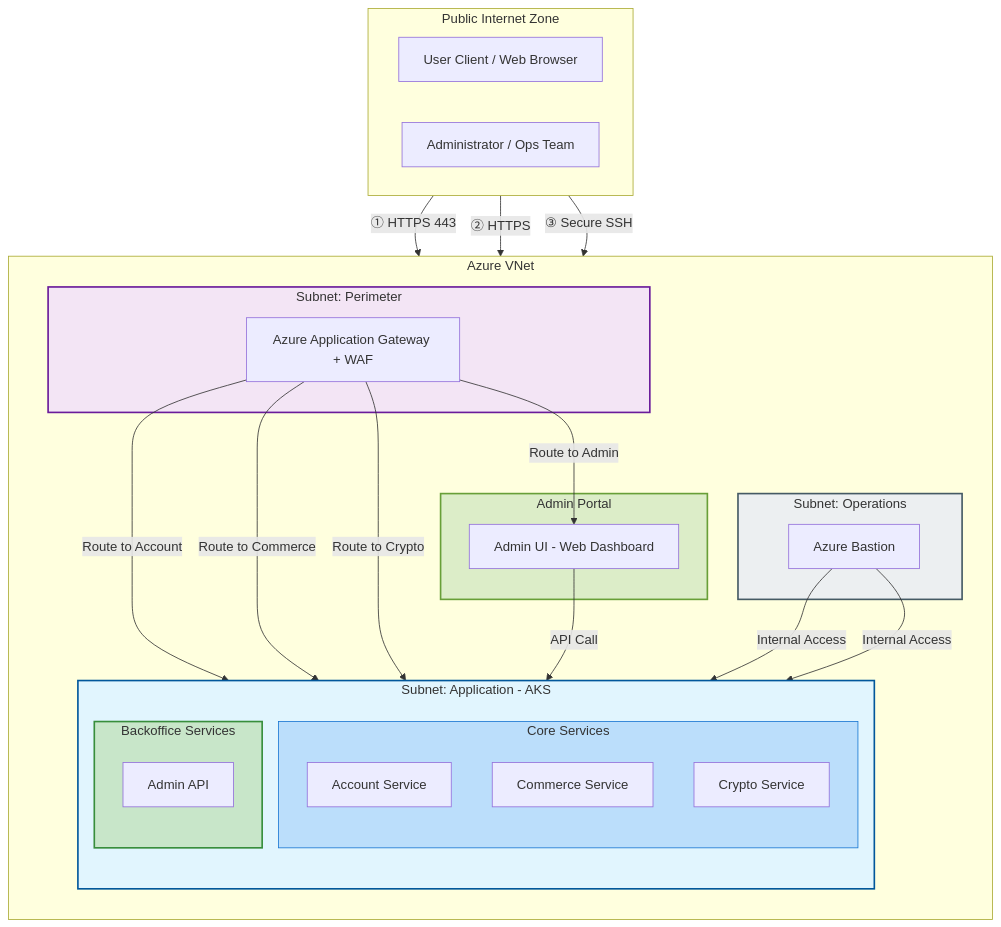
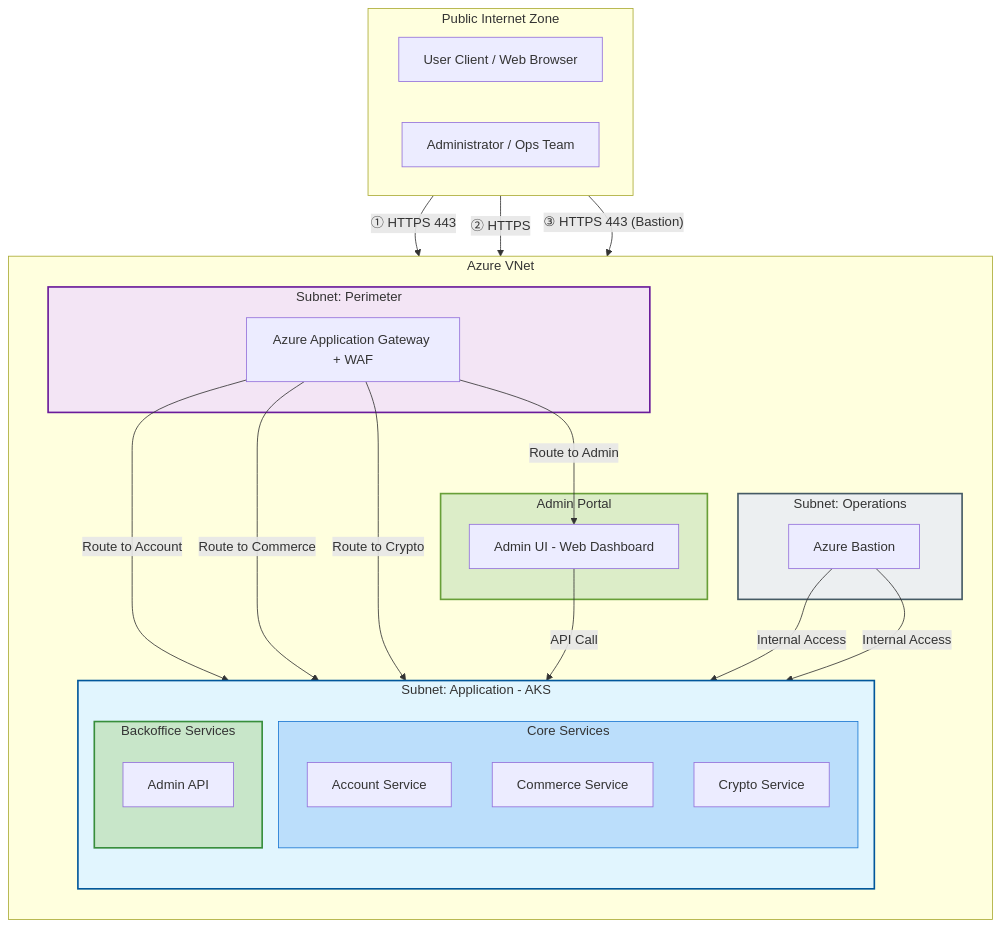
The fourth of 16 diagrams in README.md (Naver-Dunamu-Merge-TF/NSC-infra), drawn with Mermaid before and after one commit. The commit also changed other lines of this file and 1 other file, not shown here.

Commit message:
fix: 2nd review  DNAT 2-plane, Bastion HTTPS 443 labels, RBAC Event Hubs split, SlackTeams unified

````diff
--- a/README.md
+++ b/README.md
@@ -673,60 +673,60 @@
 ```mermaid
 flowchart TB
     subgraph PublicZone["Public Internet Zone"]
         direction LR
         Client["User Client / Web Browser"]
         Admin["Administrator / Ops Team"]
     end
 
     subgraph AzureVNet["Azure VNet"]
         direction TB
 
         subgraph PerimeterSubnet["Subnet: Perimeter"]
             AppGW["Azure Application Gateway + WAF"]
         end
 
         subgraph AppSubnet["Subnet: Application - AKS"]
             direction TB
             subgraph CoreServices["Core Services"]
                 AccSvc["Account Service"]
                 ComSvc["Commerce Service"]
                 CrySvc["Crypto Service"]
             end
             subgraph BackofficeServices["Backoffice Services"]
                 AdminAPI["Admin API"]
             end
         end
 
         subgraph AdminUISubnet["Admin Portal"]
             AdminUI["Admin UI - Web Dashboard"]
         end
 
         subgraph OpsSubnet["Subnet: Operations"]
             Bastion["Azure Bastion"]
         end
     end
 
     %% Path 1: User Ingress
     Client -->|"① HTTPS 443"| AppGW
     AppGW -->|Route to Account| AccSvc
     AppGW -->|Route to Commerce| ComSvc
     AppGW -->|Route to Crypto| CrySvc
 
     %% Path 2: Admin Ingress
     Admin -->|"② HTTPS"| AppGW
     AppGW -->|Route to Admin| AdminUI
     AdminUI -->|API Call| AdminAPI
 
     %% Path 3: Ops Access
-    Admin -->|"③ Secure SSH"| Bastion
+    Admin -->|"③ HTTPS 443 (Bastion)"| Bastion
     Bastion -->|Internal Access| AccSvc
     Bastion -->|Internal Access| ComSvc
 
     %% Styles
     style PerimeterSubnet fill:#f3e5f5,stroke:#6a1b9a,stroke-width:2px
     style AppSubnet fill:#e1f5fe,stroke:#01579b,stroke-width:2px
     style CoreServices fill:#bbdefb,stroke:#1976d2
     style BackofficeServices fill:#c8e6c9,stroke:#388e3c,stroke-width:2px
     style AdminUISubnet fill:#dcedc8,stroke:#689f38,stroke-width:2px
     style OpsSubnet fill:#eceff1,stroke:#455a64,stroke-width:2px
 ```
````
